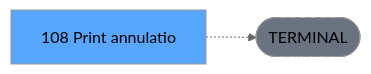
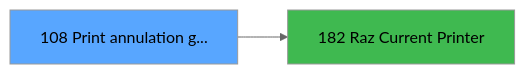
The third of 3 diagrams in .openspec/specs/ADH-IDE-108.md (thonyAGP/magic-migration), drawn with Mermaid (neutral theme) before and after one commit. The commit also changed other lines of this file and 253 other files, not shown here.

````diff
--- a/.openspec/specs/ADH-IDE-108.md
+++ b/.openspec/specs/ADH-IDE-108.md
@@ -138,8 +474,8 @@
 ```mermaid
 graph LR
-    T[108 Print annulatio]
-    TERM([TERMINAL])
-    T -.-> TERM
-    style TERM fill:#6b7280,stroke-dasharray: 5 5
-    style T fill:#58a6ff,color:#000
+    T108[108 Print annulation g...]
+    style T108 fill:#58a6ff
+    C182[182 Raz Current Printer]
+    T108 --> C182
+    style C182 fill:#3fb950
 ```
````
